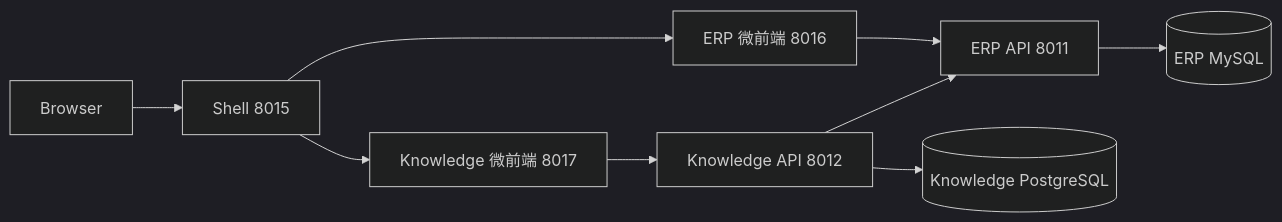
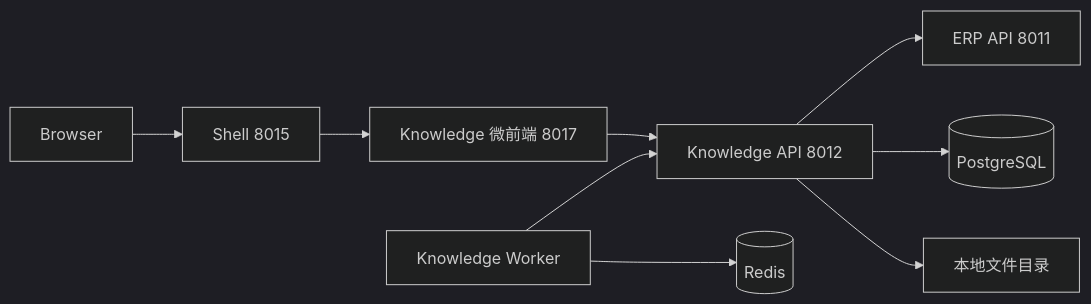
The diagram in docs/knowledge.md (huochaigg/neorvion-erp), drawn with Mermaid (dark theme) before and after one commit. The commit also changed other lines of this file and 55 other files, not shown here.

````diff
--- a/docs/knowledge.md
+++ b/docs/knowledge.md
@@ -7,11 +7,11 @@
 ```mermaid
 flowchart LR
   Browser --> Shell[Shell 8015]
-  Shell --> ERPFE[ERP 微前端 8016]
   Shell --> KFE[Knowledge 微前端 8017]
-  ERPFE --> ERPAPI[ERP API 8011]
   KFE --> KAPI[Knowledge API 8012]
-  KAPI --> ERPAPI
-  ERPAPI --> MySQL[(ERP MySQL)]
-  KAPI --> PG[(Knowledge PostgreSQL)]
+  KAPI --> ERPAPI[ERP API 8011]
+  Worker[Knowledge Worker] --> KAPI
+  Worker --> Redis[(Redis)]
+  KAPI --> PG[(PostgreSQL)]
+  KAPI --> Disk[本地文件目录]
 ```
````
